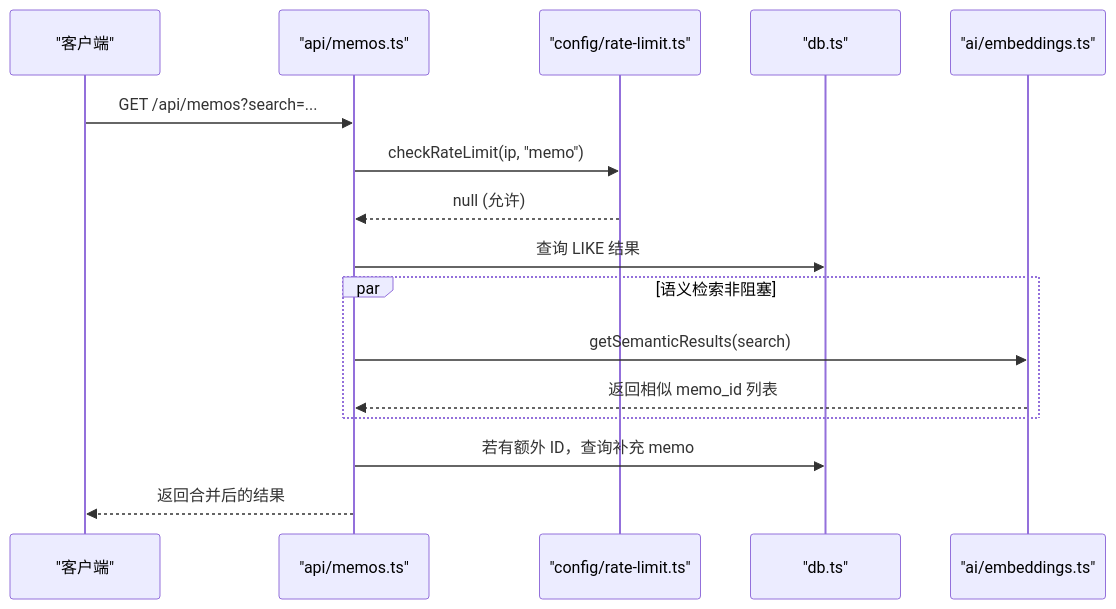
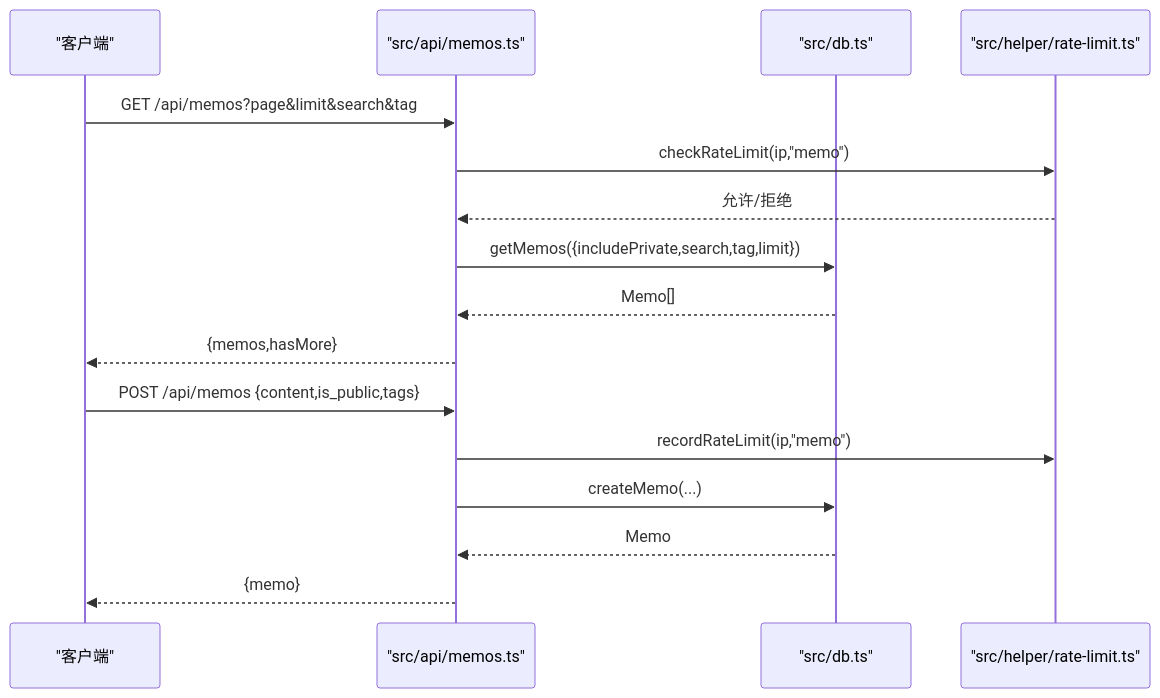
The fifth of 7 diagrams in .qoder/repowiki/zh/content/开发指南/开发指南.md (BlackBoxRecorder/memos), drawn with Mermaid before and after one commit. The commit also changed other lines of this file and 83 other files, not shown here.

````diff
--- a/.qoder/repowiki/zh/content/开发指南/开发指南.md
+++ b/.qoder/repowiki/zh/content/开发指南/开发指南.md
@@ -412,18 +198,18 @@
 ```mermaid
 sequenceDiagram
-participant C as "客户端"
-participant M as "api/memos.ts"
-participant RL as "config/rate-limit.ts"
-participant DB as "db.ts"
-participant E as "ai/embeddings.ts"
-C->>M : GET /api/memos?search=...
-M->>RL : checkRateLimit(ip, "memo")
-RL-->>M : null (允许)
-M->>DB : 查询 LIKE 结果
-par 语义检索非阻塞
-M->>E : getSemanticResults(search)
-E-->>M : 返回相似 memo_id 列表
-end
-M->>DB : 若有额外 ID，查询补充 memo
-M-->>C : 返回合并后的结果
+participant Client as "客户端"
+participant API as "src/api/memos.ts"
+participant DB as "src/db.ts"
+participant RL as "src/helper/rate-limit.ts"
+Client->>API : GET /api/memos?page&limit&search&tag
+API->>RL : checkRateLimit(ip,"memo")
+RL-->>API : 允许/拒绝
+API->>DB : getMemos({includePrivate,search,tag,limit})
+DB-->>API : Memo[]
+API-->>Client : {memos,hasMore}
+Client->>API : POST /api/memos {content,is_public,tags}
+API->>RL : recordRateLimit(ip,"memo")
+API->>DB : createMemo(...)
+DB-->>API : Memo
+API-->>Client : {memo}
 ```
````
